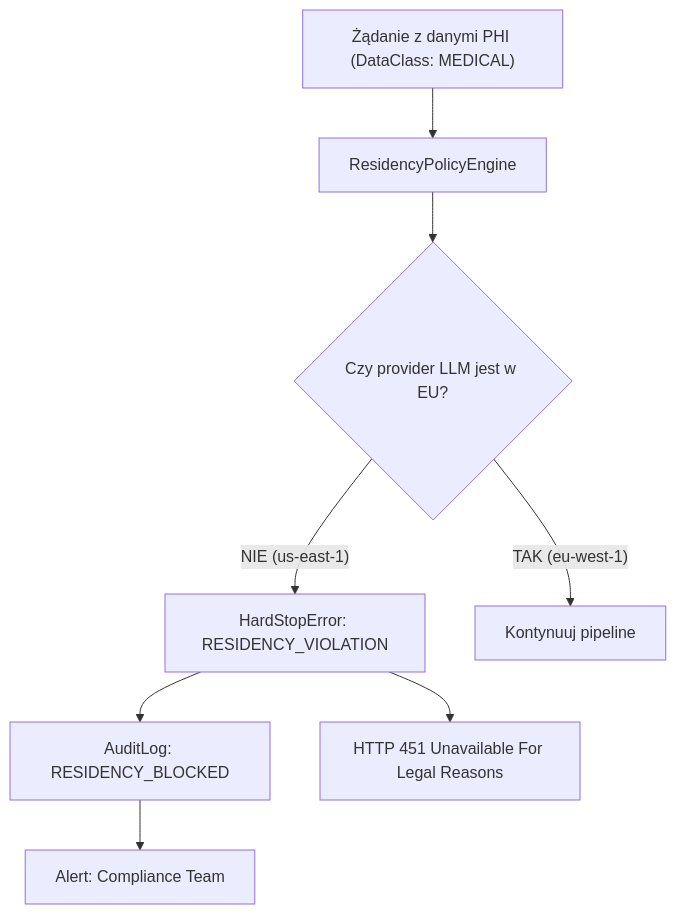
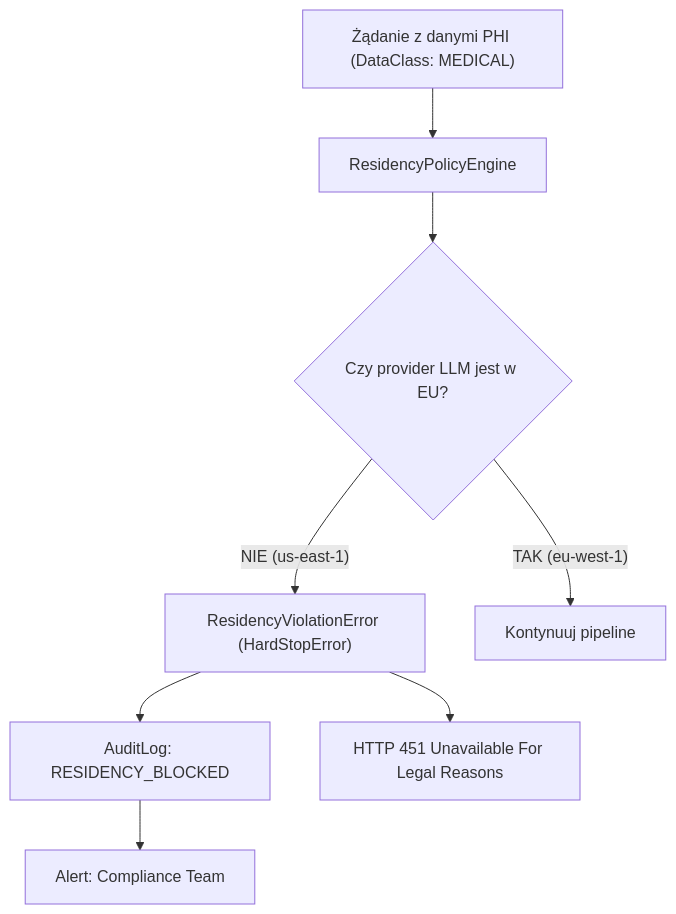
Before and after one commit to gniewekk/Privacy-Preserving-Context-Pipeline-for-LLMs-DP: the tenth of 14 diagrams in ARCHITECTURE.md, drawn with Mermaid. The commit also changed other lines of this file and 12 other files, not shown here.

````diff
--- a/ARCHITECTURE.md
+++ b/ARCHITECTURE.md
@@ -560,10 +560,10 @@
 ```mermaid
 flowchart TD
     A["Żądanie z danymi PHI (DataClass: MEDICAL)"] --> B
     B["ResidencyPolicyEngine"] --> C{Czy provider LLM jest w EU?}
-    C -->|"NIE (us-east-1)"| D["HardStopError: RESIDENCY_VIOLATION"]
+    C -->|"NIE (us-east-1)"| D["ResidencyViolationError (HardStopError)"]
     C -->|"TAK (eu-west-1)"| E["Kontynuuj pipeline"]
     D --> F["AuditLog: RESIDENCY_BLOCKED"]
     D --> G["HTTP 451 Unavailable For Legal Reasons"]
     F --> H["Alert: Compliance Team"]
 ```
````
